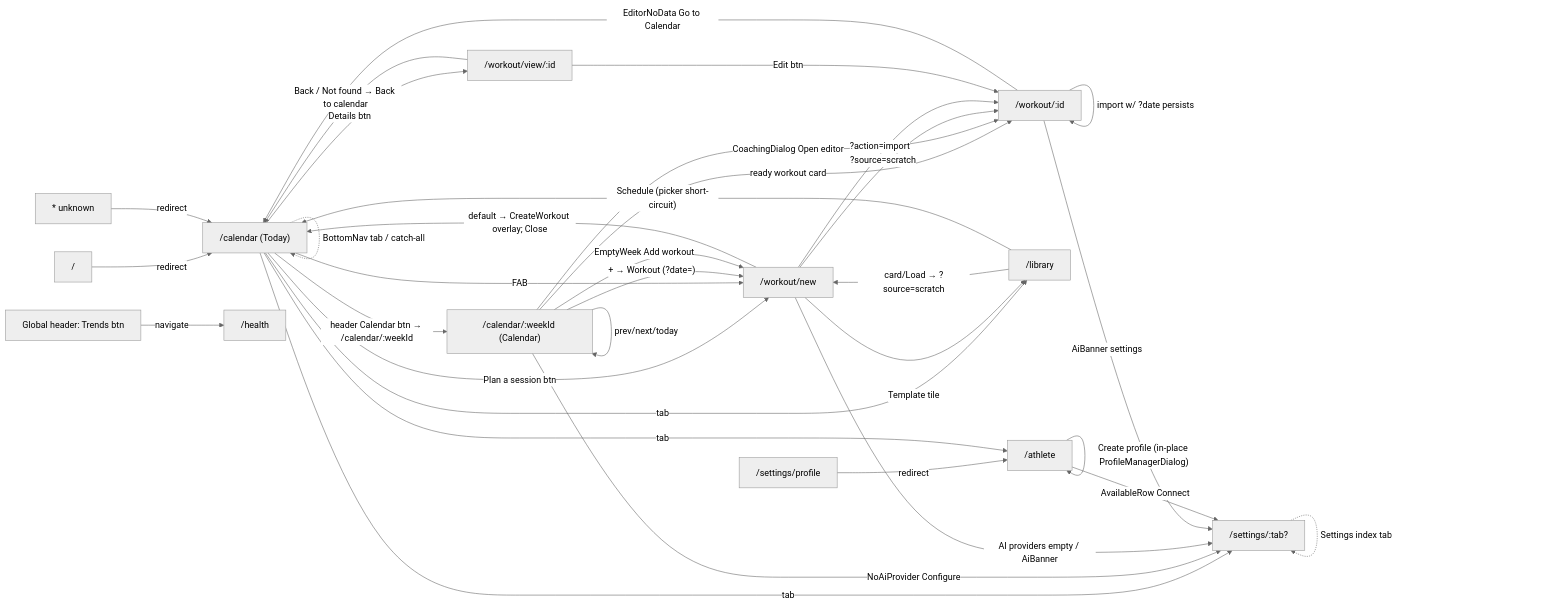
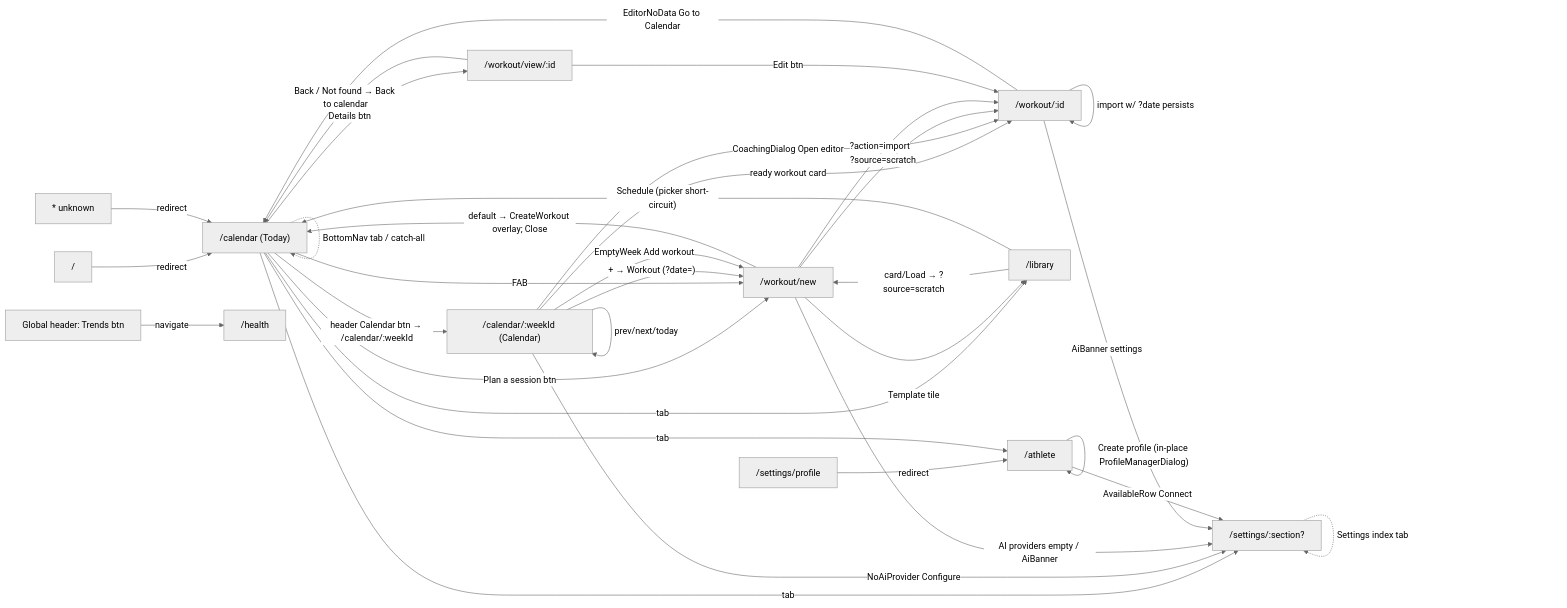
The first of 3 diagrams in packages/workout-spa-editor/docs/navigation-map.md (pablo-albaladejo/kaiord), drawn with Mermaid (neutral theme) before and after one commit. The commit also changed other lines of this file and 18 other files, not shown here.

````diff
--- a/packages/workout-spa-editor/docs/navigation-map.md
+++ b/packages/workout-spa-editor/docs/navigation-map.md
@@ -29,61 +29,61 @@
 ```mermaid
 graph LR
   ROOT["/"] -->|redirect| TODAY["/calendar (Today)"]
   CATCHALL["* unknown"] -->|redirect| TODAY
   SPROFILE["/settings/profile"] -->|redirect| ATHLETE["/athlete"]
 
   %% Bottom nav (mobile) + header (desktop)
   TODAY -.->|BottomNav tab / catch-all| TODAY
   TODAY -->|header Calendar btn → /calendar/:weekId| CAL["/calendar/:weekId (Calendar)"]
   TODAY -->|"Plan a session btn"| NEW["/workout/new"]
   TODAY -->|"Details btn"| VIEW["/workout/view/:id"]
 
   LIB["/library"]
   ATHLETE
-  SET["/settings/:tab?"]
+  SET["/settings/:section?"]
   HEALTH["/health"]
   EDIT["/workout/:id"]
 
   %% Bottom nav tabs
   TODAY -->|tab| LIB
   TODAY -->|tab| ATHLETE
   TODAY -->|tab| SET
   TODAY -->|"FAB"| NEW
 
   %% Calendar week
   CAL -->|prev/next/today| CAL
   CAL -->|"ready workout card"| EDIT
   CAL -->|"+ → Workout (?date=)"| NEW
   CAL -->|"NoAiProvider Configure"| SET
   CAL -->|"EmptyWeek Add workout"| NEW
   CAL -->|"CoachingDialog Open editor"| EDIT
 
   %% Library
   LIB -->|"card/Load → ?source=scratch"| NEW
   LIB -->|"Schedule (picker short-circuit)"| TODAY
 
   %% New workout dispatcher
   NEW -->|"default → CreateWorkout overlay; Close"| TODAY
   NEW -->|"?source=scratch"| EDIT
   NEW -->|"?action=import"| EDIT
   NEW -->|"Template tile"| LIB
   NEW -->|"AI providers empty / AiBanner"| SET
 
   %% Editor
   EDIT -->|"import w/ ?date persists"| EDIT
   EDIT -->|"AiBanner settings"| SET
   EDIT -->|"EditorNoData Go to Calendar"| TODAY
 
   %% Workout detail
   VIEW -->|"Edit btn"| EDIT
   VIEW -->|"Back / Not found → Back to calendar"| TODAY
 
   %% Athlete
   ATHLETE -->|"Create profile (in-place ProfileManagerDialog)"| ATHLETE
   ATHLETE -->|"AvailableRow Connect"| SET
 
   %% Settings + Health
   SET -->|"tab back"| SET
   HEADER["Global header: Trends btn"] -->|navigate| HEALTH
   SET -.->|Settings index tab| SET
 ```
````
